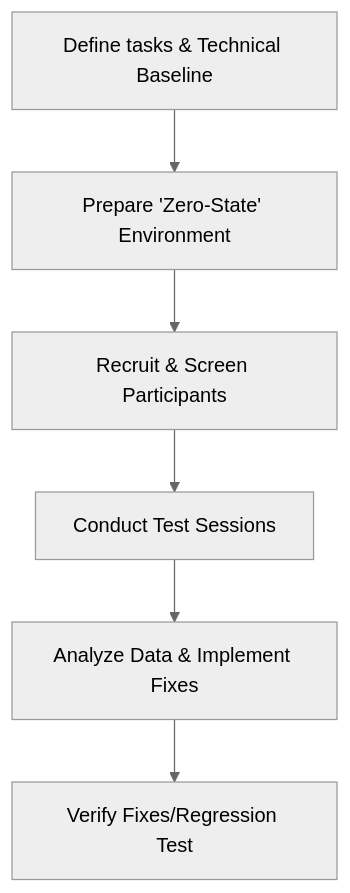
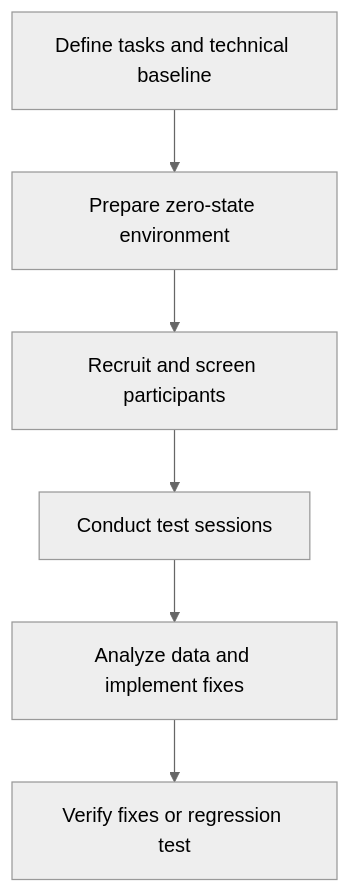
Before and after one commit to vaishvanara/techwritingkb: the diagram in docs/industry-terms/task-based-testing.md, drawn with Mermaid (neutral theme). The commit also changed other lines of this file and 51 other files, not shown here.

````diff
--- a/docs/industry-terms/task-based-testing.md
+++ b/docs/industry-terms/task-based-testing.md
@@ -46,8 +46,8 @@
 ```mermaid
 graph TD
-    A[Define tasks & Technical Baseline] --> B[Prepare 'Zero-State' Environment]
-    B --> C[Recruit & Screen Participants]
-    C --> D[Conduct Test Sessions]
-    D --> E[Analyze Data & Implement Fixes]
-    E --> F[Verify Fixes/Regression Test]
+    A[Define tasks and technical baseline] --> B[Prepare zero-state environment]
+    B --> C[Recruit and screen participants]
+    C --> D[Conduct test sessions]
+    D --> E[Analyze data and implement fixes]
+    E --> F[Verify fixes or regression test]
 ```
````
